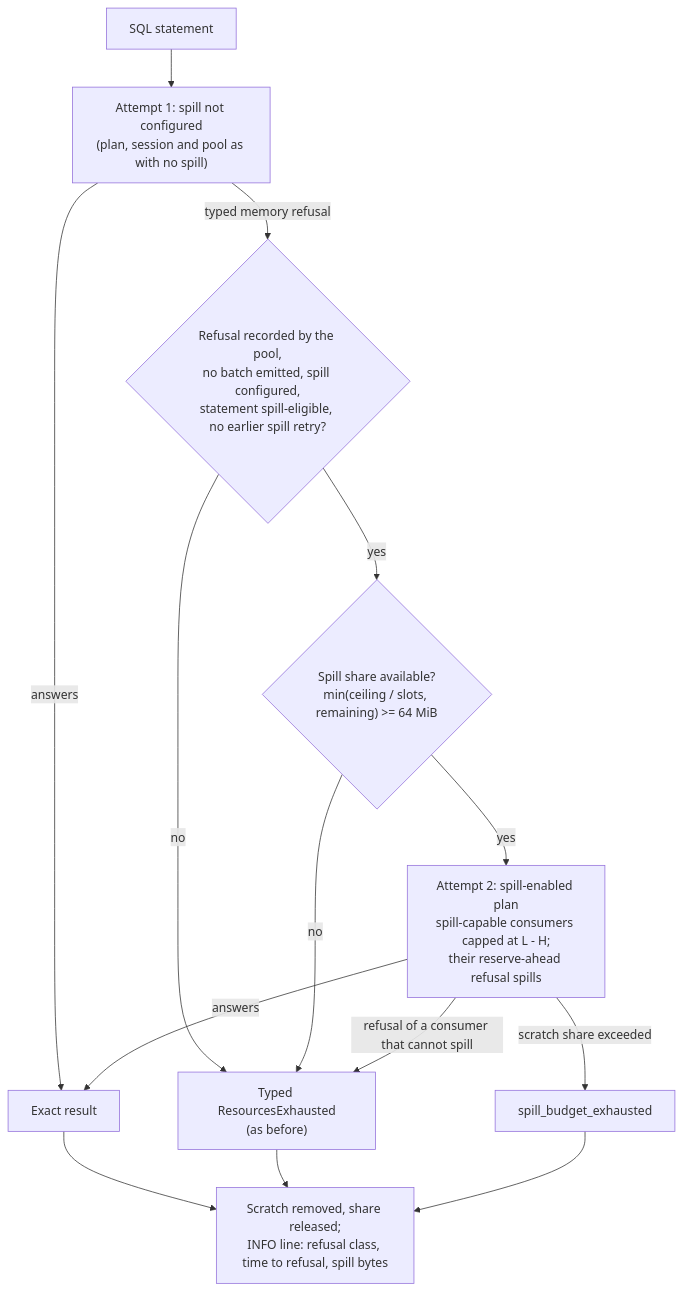
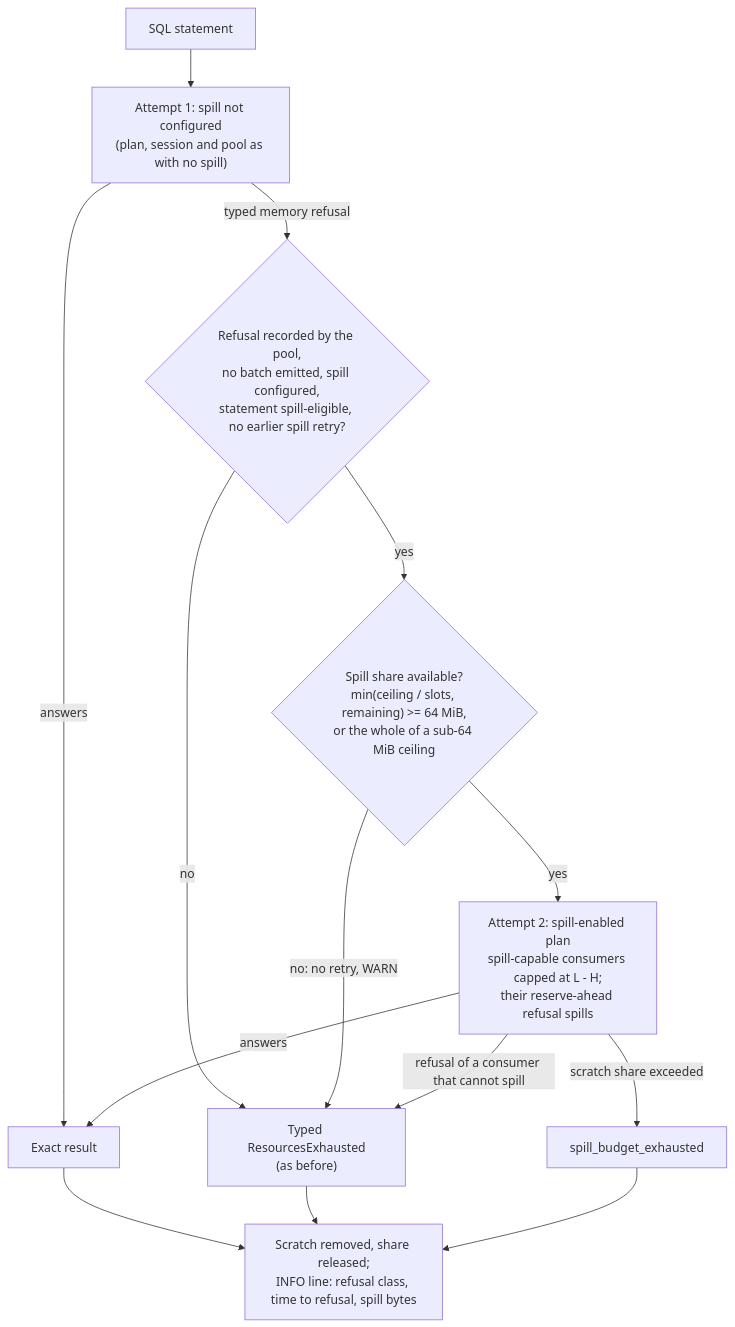
The second of 2 diagrams in docs/adrs/0954-bounded-ephemeral-spill.md (NOFireAI/ravel), drawn with Mermaid before and after one commit. The commit also changed other lines of this file, not shown here.

First line of the commit message:
docs(adr): state the headroom margin, lone quota and share edge cases

````diff
--- a/docs/adrs/0954-bounded-ephemeral-spill.md
+++ b/docs/adrs/0954-bounded-ephemeral-spill.md
@@ -978,16 +994,16 @@
 ```mermaid
 flowchart TB
     S["SQL statement"] --> A1["Attempt 1: spill not configured<br/>(plan, session and pool as with no spill)"]
     A1 -->|"answers"| R["Exact result"]
     A1 -->|"typed memory refusal"| G{"Refusal recorded by the pool,<br/>no batch emitted, spill configured,<br/>statement spill-eligible, no earlier spill retry?"}
     G -->|"no"| E1["Typed ResourcesExhausted<br/>(as before)"]
-    G -->|"yes"| SH{"Spill share available?<br/>min(ceiling / slots, remaining) >= 64 MiB"}
-    SH -->|"no"| E1
+    G -->|"yes"| SH{"Spill share available?<br/>min(ceiling / slots, remaining) >= 64 MiB,<br/>or the whole of a sub-64 MiB ceiling"}
+    SH -->|"no: no retry, WARN"| E1
     SH -->|"yes"| A2["Attempt 2: spill-enabled plan<br/>spill-capable consumers capped at L - H;<br/>their reserve-ahead refusal spills"]
     A2 -->|"answers"| R
     A2 -->|"scratch share exceeded"| E2["spill_budget_exhausted"]
     A2 -->|"refusal of a consumer that cannot spill"| E1
     R --> C["Scratch removed, share released;<br/>INFO line: refusal class, time to refusal, spill bytes"]
     E1 --> C
     E2 --> C
 ```
````
